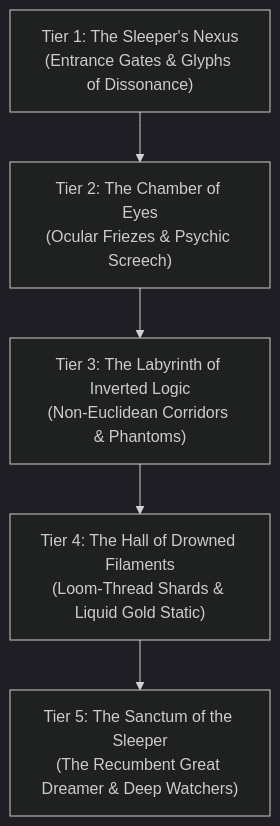
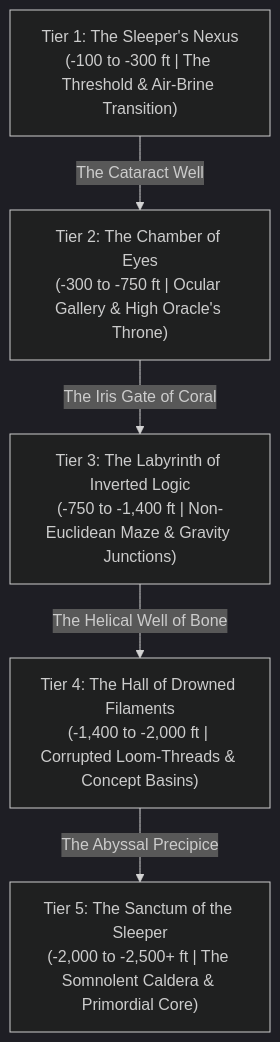
Before and after one commit to TheBigWazowkski1997/The-Shattered-Loom-Online-Wiki: the first of 10 diagrams in src/content/wiki/Planes of Existence/City Of Ry'leh/The Submerged Ziggurat.md, drawn with Mermaid (dark theme). The commit also changed other lines of this file and 19 other files, not shown here.

````diff
--- a/src/content/wiki/Planes of Existence/City Of Ry'leh/The Submerged Ziggurat.md
+++ b/src/content/wiki/Planes of Existence/City Of Ry'leh/The Submerged Ziggurat.md
@@ -38,7 +33,13 @@
 ```mermaid
 graph TD
-    T1["Tier 1: The Sleeper's Nexus<br/>(Entrance Gates & Glyphs of Dissonance)"] --> T2["Tier 2: The Chamber of Eyes<br/>(Ocular Friezes & Psychic Screech)"]
-    T2 --> T3["Tier 3: The Labyrinth of Inverted Logic<br/>(Non-Euclidean Corridors & Phantoms)"]
-    T3 --> T4["Tier 4: The Hall of Drowned Filaments<br/>(Loom-Thread Shards & Liquid Gold Static)"]
-    T4 --> T5["Tier 5: The Sanctum of the Sleeper<br/>(The Recumbent Great Dreamer & Deep Watchers)"]
+    T1["Tier 1: The Sleeper's Nexus<br/>(-100 to -300 ft | The Threshold & Air-Brine Transition)"]
+    T2["Tier 2: The Chamber of Eyes<br/>(-300 to -750 ft | Ocular Gallery & High Oracle's Throne)"]
+    T3["Tier 3: The Labyrinth of Inverted Logic<br/>(-750 to -1,400 ft | Non-Euclidean Maze & Gravity Junctions)"]
+    T4["Tier 4: The Hall of Drowned Filaments<br/>(-1,400 to -2,000 ft | Corrupted Loom-Threads & Concept Basins)"]
+    T5["Tier 5: The Sanctum of the Sleeper<br/>(-2,000 to -2,500+ ft | The Somnolent Caldera & Primordial Core)"]
+
+    T1 -->|The Cataract Well| T2
+    T2 -->|The Iris Gate of Coral| T3
+    T3 -->|The Helical Well of Bone| T4
+    T4 -->|The Abyssal Precipice| T5
 ```
````
